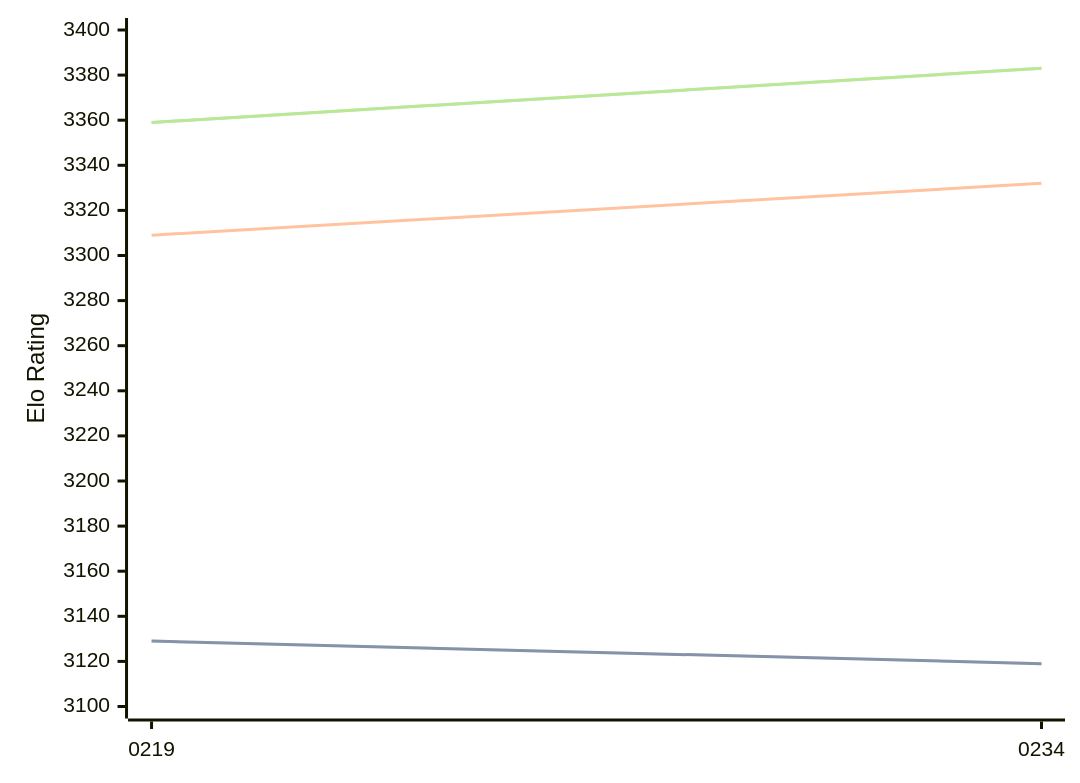
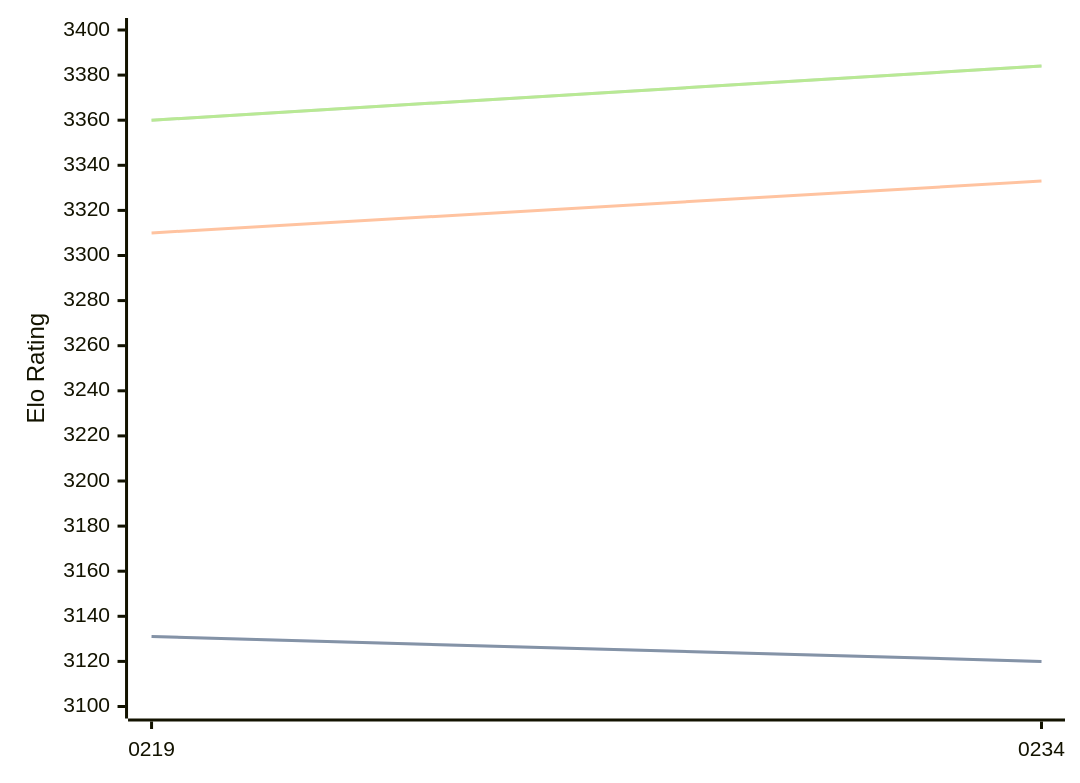
One commit to computer-chess-index/cci changed the diagram in engines/Ynode.md. Above: the diagram before and after it, drawn with Mermaid. The commit also changed other lines of this file, not shown here.

Commit message:
Update CCI Ratings (ELO VLTC) - 2026-08-15

````diff
--- a/engines/Ynode.md
+++ b/engines/Ynode.md
@@ -32,11 +32,11 @@
 ```mermaid
 %%{init: {"theme":"base","themeVariables":{"seriesColors:['#a3a3a3','#222221','#faa371']}}}%%
 xychart-beta
   x-axis ["0219", "0234"]
   y-axis "Elo Rating" 3100 --> 3400
-  line "STC (8.0+0.08s)" [3129, 3119]
-  line "STC (8.0+0.08s)" [3129, 3119]
-  line "LTC (60.0+0.60s)" [3309, 3332]
-  line "VLTC (2m24s+1.12s)" [3359, 3383]
-  line "VLTC (2m24s+1.12s)" [3359, 3383]
+  line "STC (8.0+0.08s)" [3131, 3120]
+  line "STC (8.0+0.08s)" [3131, 3120]
+  line "LTC (60.0+0.60s)" [3310, 3333]
+  line "VLTC (2m24s+1.12s)" [3360, 3384]
+  line "VLTC (2m24s+1.12s)" [3360, 3384]
 ```
````
